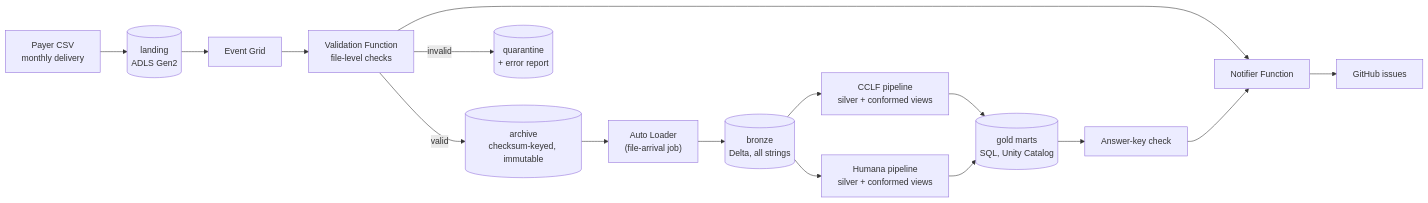
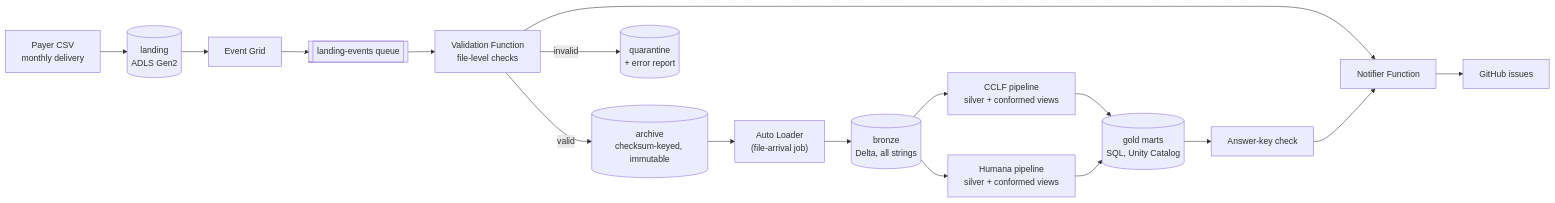
The diagram in README.md (fredr171/claims-lakehouse-databricks-azure), drawn with Mermaid before and after one commit. The commit also changed other lines of this file and 2 other files, not shown here.

````diff
--- a/README.md
+++ b/README.md
@@ -25,14 +25,14 @@
 ```mermaid
 flowchart LR
     payer["Payer CSV<br/>monthly delivery"] --> landing[("landing<br/>ADLS Gen2")]
-    landing --> eg["Event Grid"] --> fn["Validation Function<br/>file-level checks"]
+    landing --> eg["Event Grid"] --> q[["landing-events queue"]] --> fn["Validation Function<br/>file-level checks"]
     fn -->|valid| archive[("archive<br/>checksum-keyed, immutable")]
     fn -->|invalid| quarantine[("quarantine<br/>+ error report")]
     archive --> al["Auto Loader<br/>(file-arrival job)"] --> bronze[("bronze<br/>Delta, all strings")]
     bronze --> cms["CCLF pipeline<br/>silver + conformed views"]
     bronze --> hum["Humana pipeline<br/>silver + conformed views"]
     cms --> gold[("gold marts<br/>SQL, Unity Catalog")]
     hum --> gold
     gold --> check["Answer-key check"]
     fn & check --> notifier["Notifier Function"] --> issues["GitHub issues"]
 ```
````
